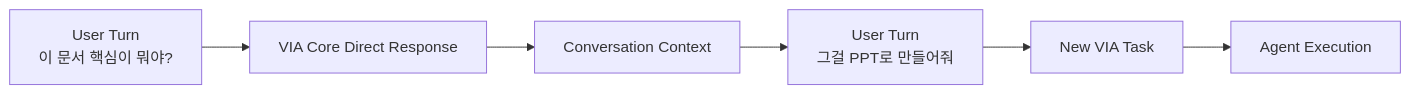
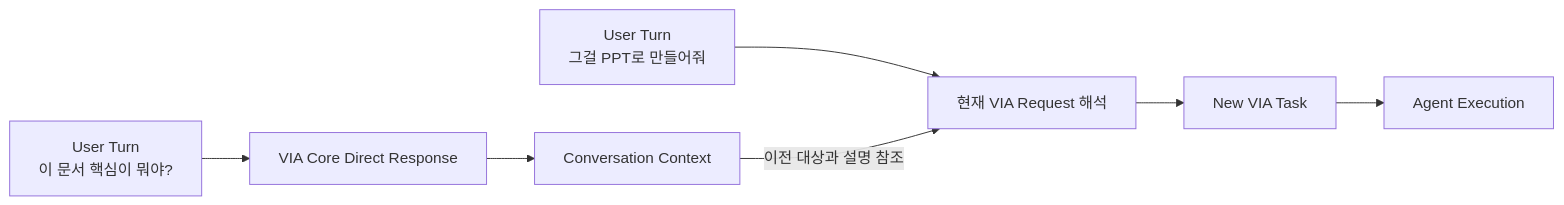
One commit to cbyche/via-sw-architecture changed the third of 5 diagrams in docs/rebaseline/02-terms.md. Above: the diagram before and after it, drawn with Mermaid. The commit also changed other lines of this file, not shown here.

````diff
--- a/docs/rebaseline/02-terms.md
+++ b/docs/rebaseline/02-terms.md
@@ -198,13 +218,15 @@
 ```mermaid
 flowchart LR
     U1["User Turn<br/>이 문서 핵심이 뭐야?"]
     D1["VIA Core Direct Response"]
     U2["User Turn<br/>그걸 PPT로 만들어줘"]
+    RQ["현재 VIA Request 해석"]
     T["New VIA Task"]
     A["Agent Execution"]
     C["Conversation Context"]
 
     U1 --> D1 --> C
-    C --> U2
-    U2 --> T --> A
+    U2 --> RQ
+    C -->|"이전 대상과 설명 참조"| RQ
+    RQ --> T --> A
 ```
````
